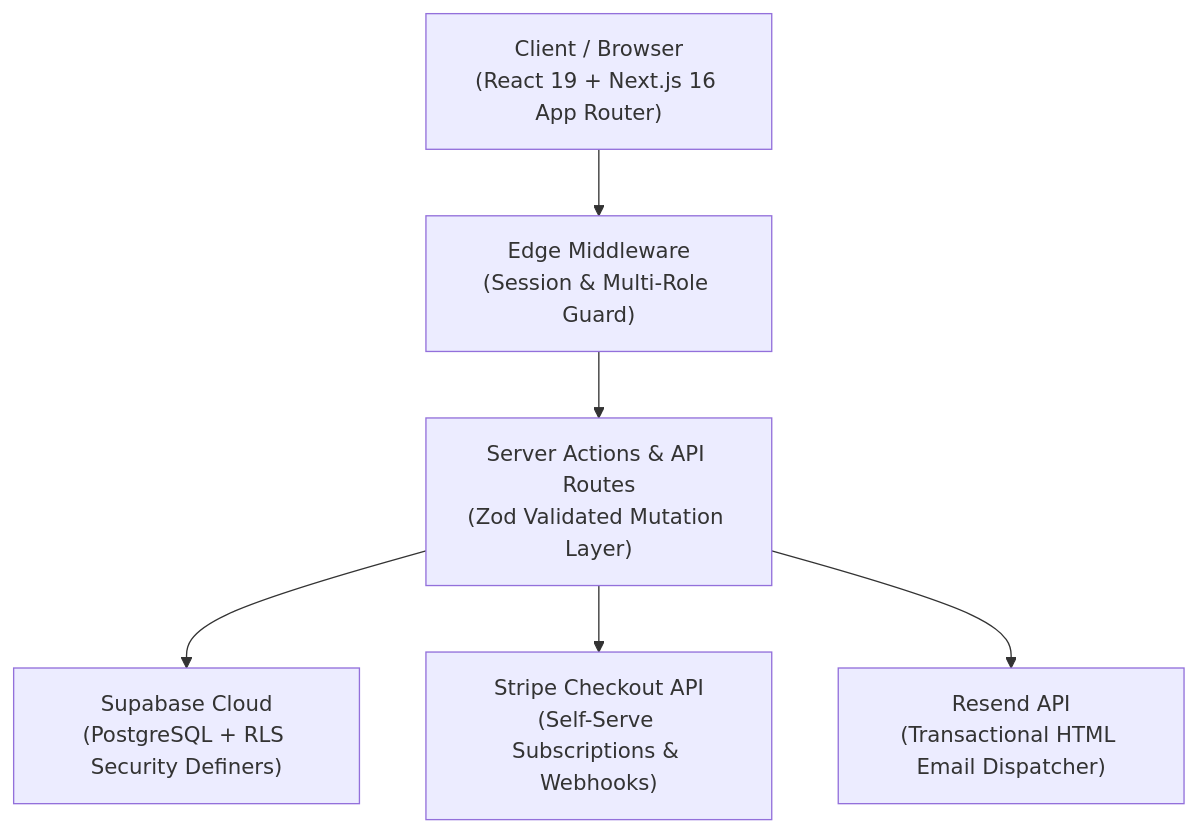
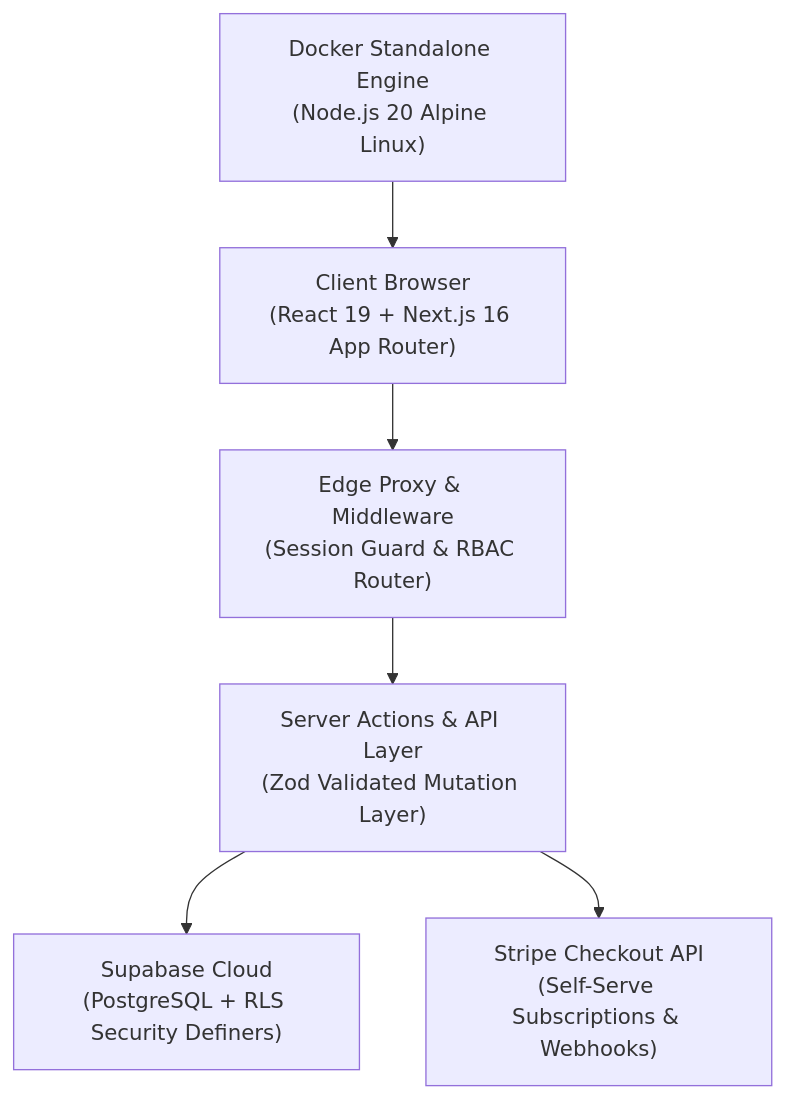
The second of 3 diagrams in README.md (winandiaris4/ottodot-classloop), drawn with Mermaid before and after one commit. The commit also changed other lines of this file, not shown here.

Commit message:
docs: comprehensive README update with complete use cases, architecture, course catalog, and docker deployment guide

````diff
--- a/README.md
+++ b/README.md
@@ -22,15 +110,15 @@
 ```mermaid
 graph TD
-    Client["Client / Browser\n(React 19 + Next.js 16 App Router)"]
-    MW["Edge Middleware\n(Session & Multi-Role Guard)"]
-    SA["Server Actions & API Routes\n(Zod Validated Mutation Layer)"]
+    Client["Client Browser\n(React 19 + Next.js 16 App Router)"]
+    MW["Edge Proxy & Middleware\n(Session Guard & RBAC Router)"]
+    SA["Server Actions & API Layer\n(Zod Validated Mutation Layer)"]
     Supabase["Supabase Cloud\n(PostgreSQL + RLS Security Definers)"]
     Stripe["Stripe Checkout API\n(Self-Serve Subscriptions & Webhooks)"]
-    Resend["Resend API\n(Transactional HTML Email Dispatcher)"]
+    Docker["Docker Standalone Engine\n(Node.js 20 Alpine Linux)"]
 
     Client --> MW
     MW --> SA
     SA --> Supabase
     SA --> Stripe
-    SA --> Resend
+    Docker --> Client
 ```
````
